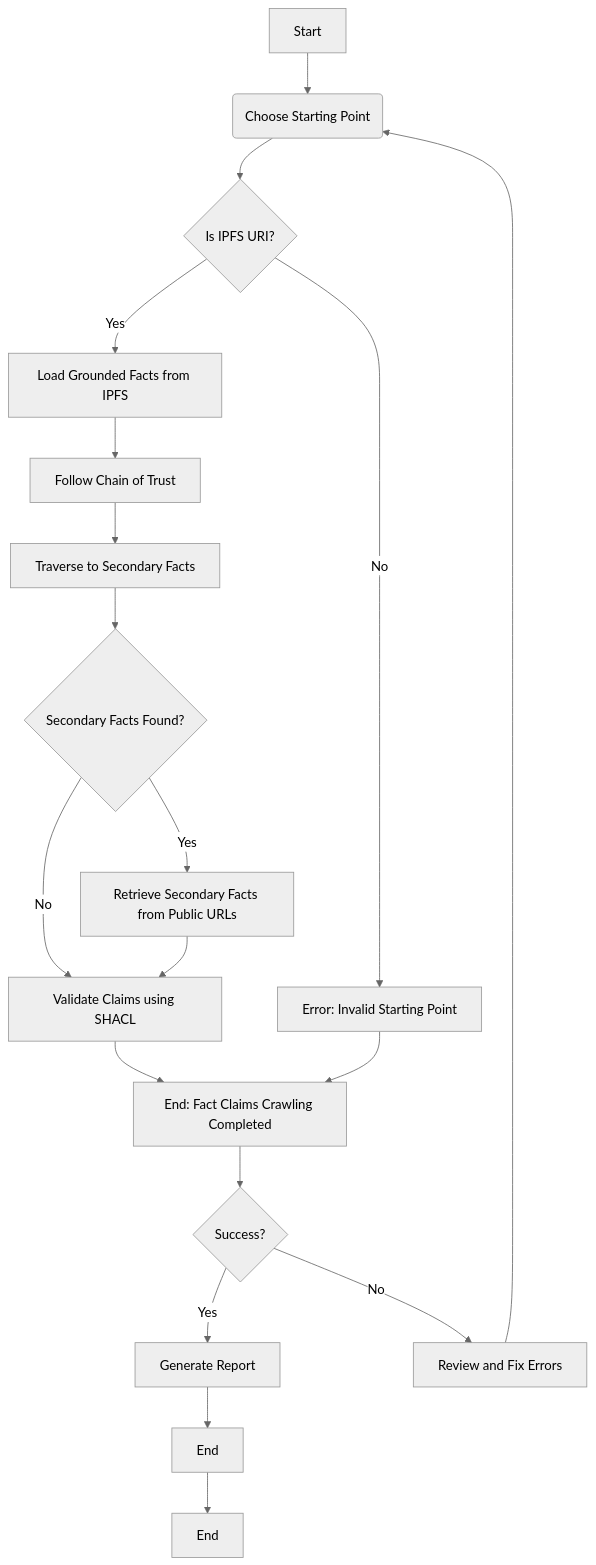
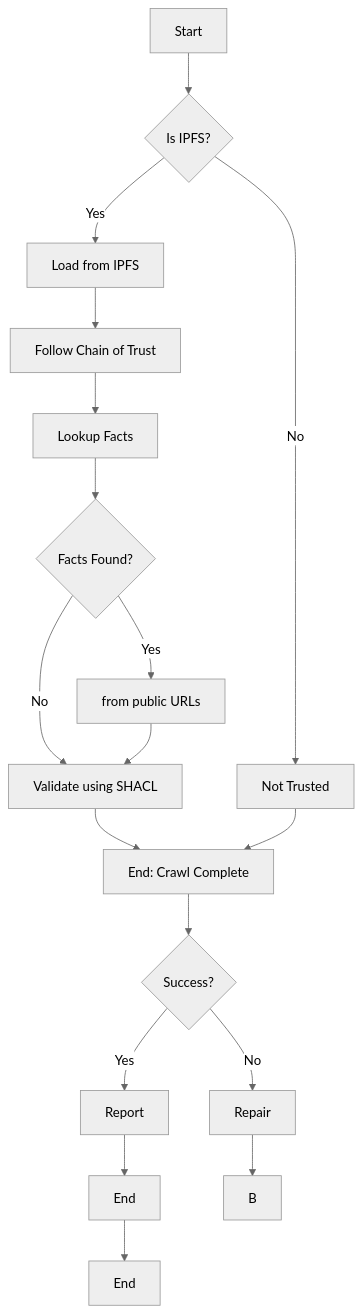
The second of 2 diagrams in www/content/howto/crawling.md (fact-claims/fact.claims), drawn with Mermaid (neutral theme) before and after one commit.

````diff
--- a/www/content/howto/crawling.md
+++ b/www/content/howto/crawling.md
@@ -81,21 +81,20 @@
 ```mermaid
 graph TD;
-    A[Start] --> B(Choose Starting Point);
-    B --> C{Is IPFS URI?};
-    C -->|Yes| D[Load Grounded Facts from IPFS];
-    C -->|No| E[Error: Invalid Starting Point];
+    A[Start] --> C{Is IPFS?};
+    C -->|Yes| D[Load from IPFS];
+    C -->|No| E[Not Trusted];
     D --> F[Follow Chain of Trust];
-    F --> G[Traverse to Secondary Facts];
-    G --> H{Secondary Facts Found?};
-    H -->|Yes| I[Retrieve Secondary Facts from Public URLs];
-    H -->|No| J[Validate Claims using SHACL];
+    F --> G[Lookup Facts];
+    G --> H{Facts Found?};
+    H -->|Yes| I[from public URLs];
+    H -->|No| J[Validate using SHACL];
     I --> J;
-    J --> K[End: Fact Claims Crawling Completed];
+    J --> K[End: Crawl Complete];
     E --> K;
     K --> L{Success?};
-    L -->|Yes| M[Generate Report];
-    L -->|No| N[Review and Fix Errors];
+    L -->|Yes| M[Report];
+    L -->|No| N[Repair];
     M --> O[End];
     N --> B;
     O --> O1[End];
 ```
````
